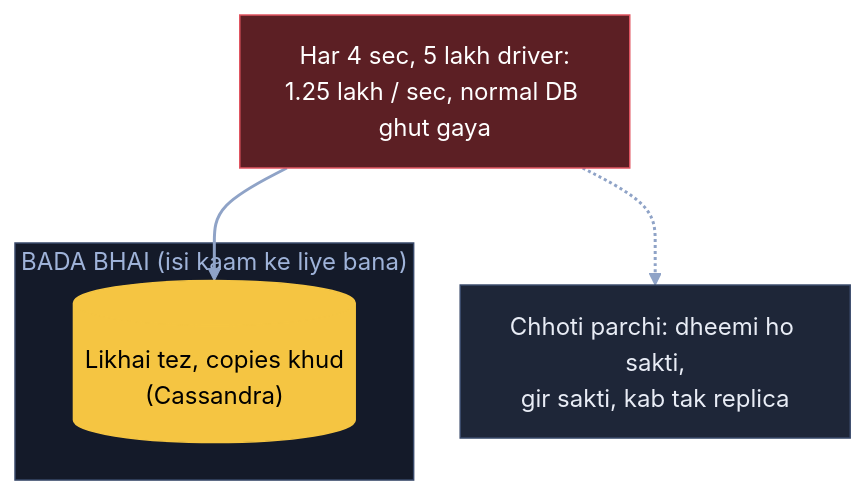
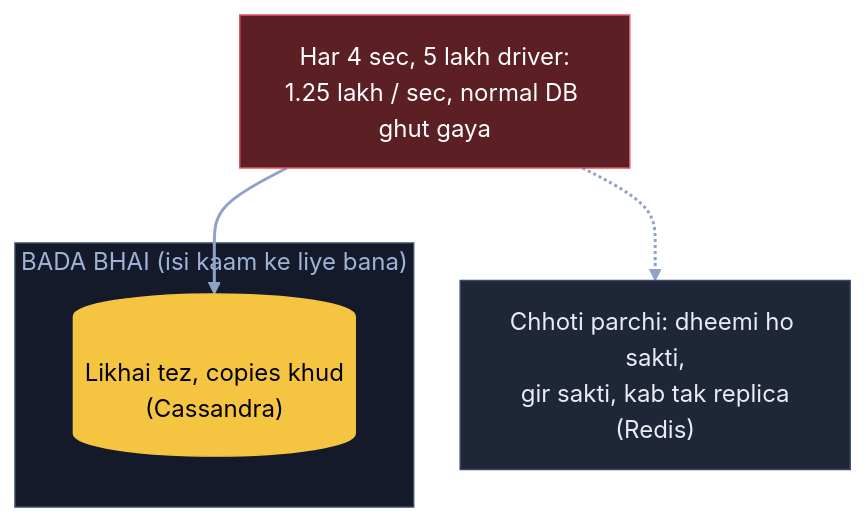
Before and after one commit to ArpanMaheshwari144/Prep: the second of 16 diagrams in 04_HLD/SYSTEM_DESIGNS/15_uber/15_uber.md, drawn with Mermaid (neutral theme). The commit also changed other lines of this file and 22 other files, not shown here.

Commit message:
Diagram: sirf kahani ke dohraaye shabd pe bracket, us jagah notes wala matlab (207 label)

````diff
--- a/04_HLD/SYSTEM_DESIGNS/15_uber/15_uber.md
+++ b/04_HLD/SYSTEM_DESIGNS/15_uber/15_uber.md
@@ -130,16 +130,16 @@
 ```mermaid
 flowchart TB
     X["Har 4 sec, 5 lakh driver:<br/>1.25 lakh / sec, normal DB ghut gaya"]:::bad
-    P["Chhoti parchi: dheemi ho sakti,<br/>gir sakti, kab tak replica"]:::card
+    P["Chhoti parchi: dheemi ho sakti,<br/>gir sakti, kab tak replica<br/>(Redis)"]:::card
     subgraph BB["BADA BHAI (isi kaam ke liye bana)"]
         C[("Likhai tez, copies khud<br/>(Cassandra)")]:::pill
     end
     X -.-> P
     X --> C
     linkStyle default stroke:#8fa3c7,stroke-width:2px
     classDef card fill:#1e2638,stroke:#3a4a6b,color:#e8ecf5
     classDef pill fill:#f5c542,stroke:#f5c542,color:#000
     classDef good fill:#2e7d4f,stroke:#3fbf6f,color:#fff
     classDef bad fill:#5c1f24,stroke:#e05561,color:#fff
     style BB fill:#141a29,stroke:#3a4a6b,color:#9fb3d9
 ```
````
